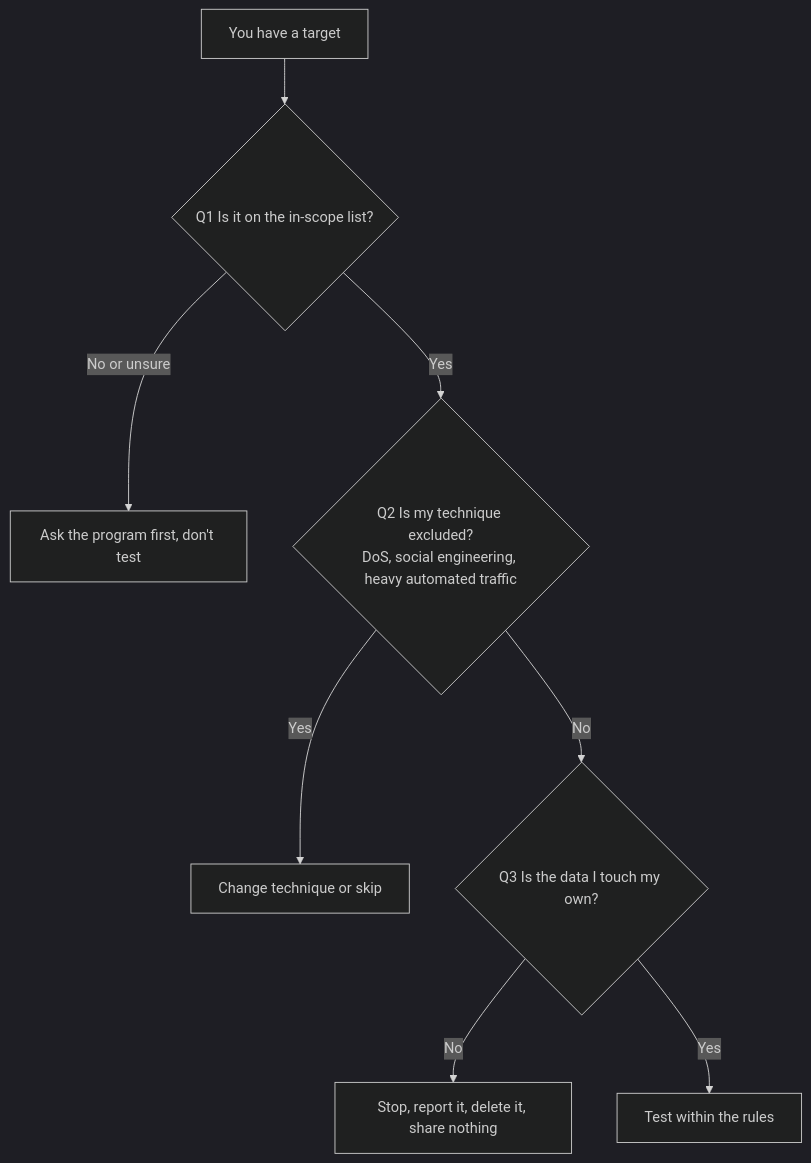
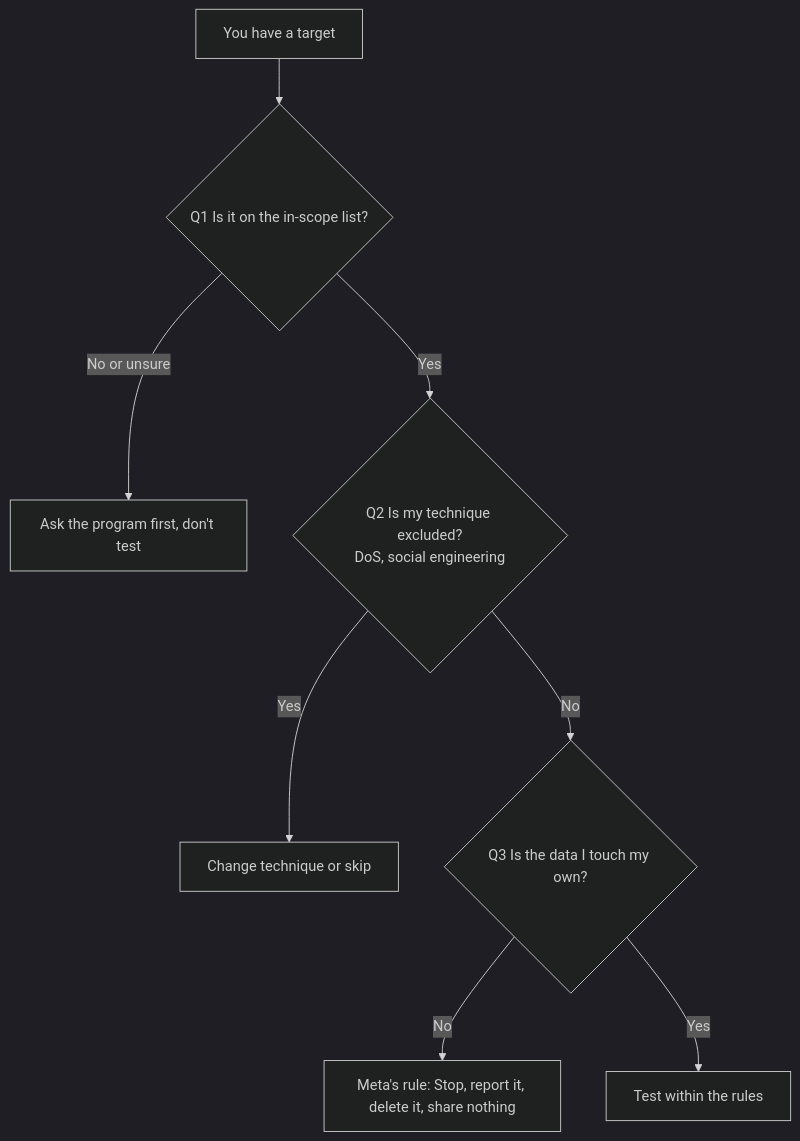
The diagram in src/content/posts/tech/2026-10-13-bug-bounty-zero-01-rules-and-scope-en.md (vincentxuu/quidproquo), drawn with Mermaid (dark theme) before and after one commit. The commit also changed other lines of this file and 9 other files, not shown here.

First line of the commit message:
post(tech): 補上查證報告仍未處理的措辭（不授權、流程圖出處、獎金指引頁連結等）

````diff
--- a/src/content/posts/tech/2026-10-13-bug-bounty-zero-01-rules-and-scope-en.md
+++ b/src/content/posts/tech/2026-10-13-bug-bounty-zero-01-rules-and-scope-en.md
@@ -123,10 +123,10 @@
 ```mermaid
 flowchart TD
   A[You have a target] --> B{Q1 Is it on the in-scope list?}
   B -- No or unsure --> X[Ask the program first, don't test]
-  B -- Yes --> C{Q2 Is my technique excluded?\nDoS, social engineering, heavy automated traffic}
+  B -- Yes --> C{Q2 Is my technique excluded?\nDoS, social engineering}
   C -- Yes --> Y[Change technique or skip]
   C -- No --> D{Q3 Is the data I touch my own?}
-  D -- No --> Z[Stop, report it, delete it, share nothing]
+  D -- No --> Z[Meta's rule: Stop, report it, delete it, share nothing]
   D -- Yes --> OK[Test within the rules]
 ```
````
